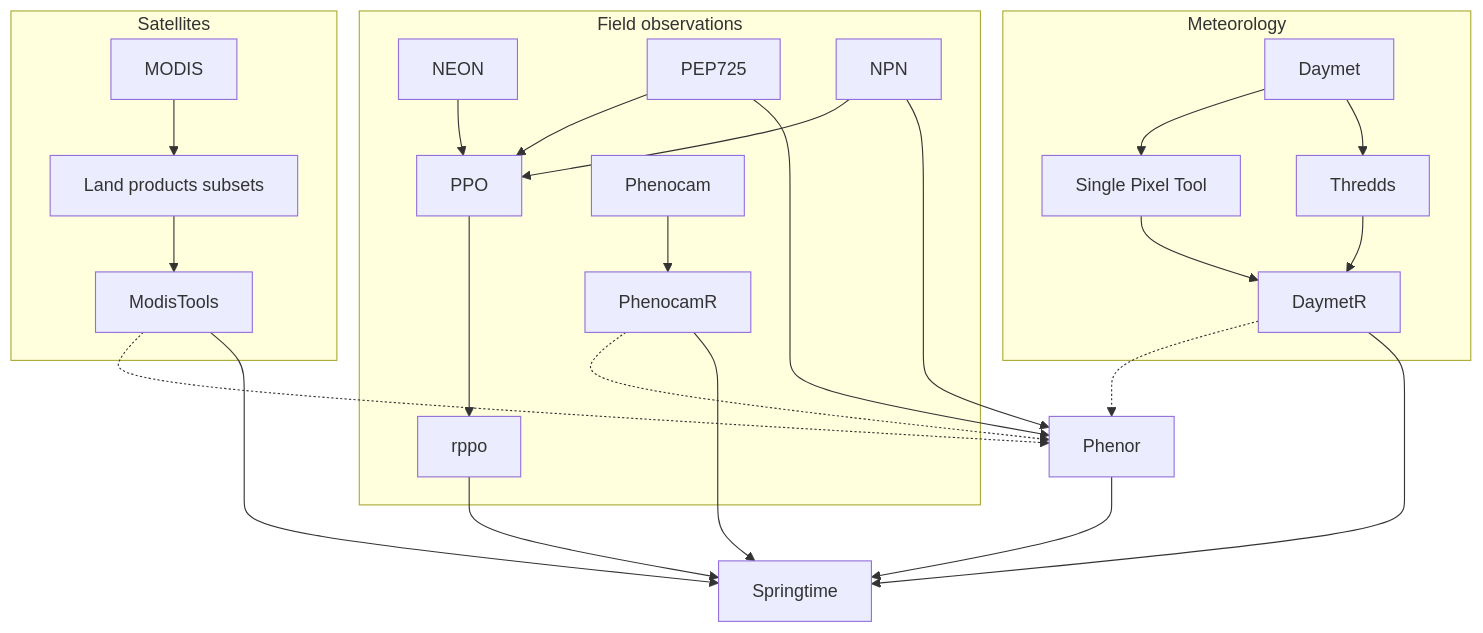
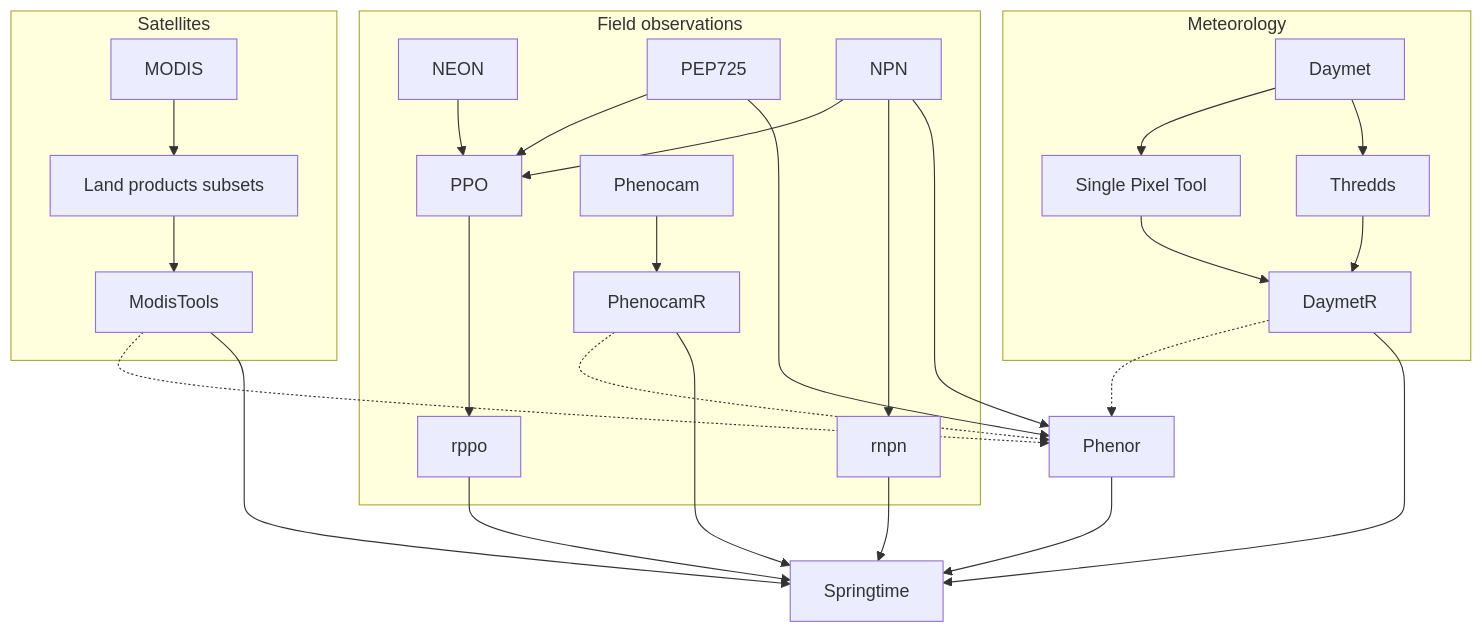
The diagram in docs/datasets.md (phenology/springtime), drawn with Mermaid before and after one commit. The commit also changed 7 other files, not shown here.

````diff
--- a/docs/datasets.md
+++ b/docs/datasets.md
@@ -16,49 +16,52 @@
 ```mermaid
 flowchart TD
 
     %% Field observations
     subgraph Field observations
     F3[NEON]
     F1[PEP725]
     F2[NPN]
     F4[PPO]
     F5[rppo]
     F6[Phenocam]
     F7[PhenocamR]
+    F8[rnpn]
     end
 
     %% Meteorology
     subgraph Meteorology
     M1[Daymet]
     M2[Single Pixel Tool]
     M3[Thredds]
     M4[DaymetR]
     %% M5[E-OBS]
     %% M6[cdsapi]
     end
 
     %% Satellites
     subgraph Satellites
     %% S1[Sentinel]
     S2[MODIS]
     S3[Land products subsets]
     S4[ModisTools]
     end
 
     %% packages
     P1[Phenor]
 
     %% connections
     M1 --> M2 & M3 --> M4
     %% M5 ---> M6
     F1 & F2 & F3 --> F4
+    F2 --> F8
     S2 --> S3 --> S4
     F6 --> F7
     F4 ---> F5
     S4 & M4 & F7 -.-> P1
     F1 & F2 ----> P1
 
     %% Springtime
     S1[Springtime]
     S4 & M4 & F7 & F5 & P1 --> S1
+    F8 --> S1
 ```
````
